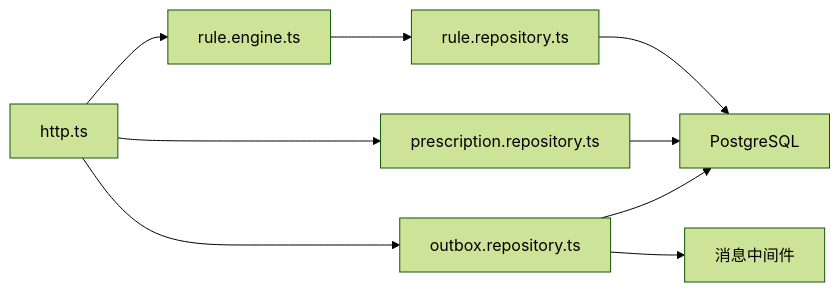
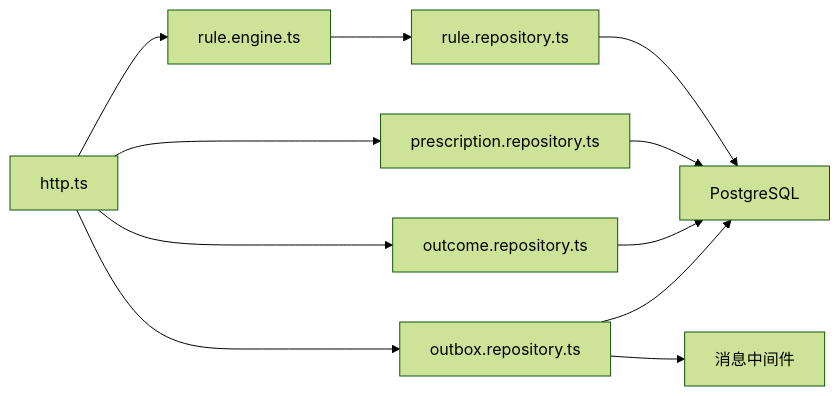
The ninth of 11 diagrams in .qoder/repowiki/zh/content/核心服务文档/智能决策服务/智能决策服务.md (q446328246/agri-platform), drawn with Mermaid (forest theme) before and after one commit. The commit also changed other lines of this file and 84 other files, not shown here.

````diff
--- a/.qoder/repowiki/zh/content/核心服务文档/智能决策服务/智能决策服务.md
+++ b/.qoder/repowiki/zh/content/核心服务文档/智能决策服务/智能决策服务.md
@@ -386,11 +516,13 @@
 ```mermaid
 graph LR
 HTTP["http.ts"] --> Engine["rule.engine.ts"]
 HTTP --> PrescRepo["prescription.repository.ts"]
+HTTP --> OutcomeRepo["outcome.repository.ts"]
 HTTP --> Outbox["outbox.repository.ts"]
 Engine --> RuleRepo["rule.repository.ts"]
 RuleRepo --> DB["PostgreSQL"]
 PrescRepo --> DB
+OutcomeRepo --> DB
 Outbox --> DB
 Outbox --> MQ["消息中间件"]
 ```
````
